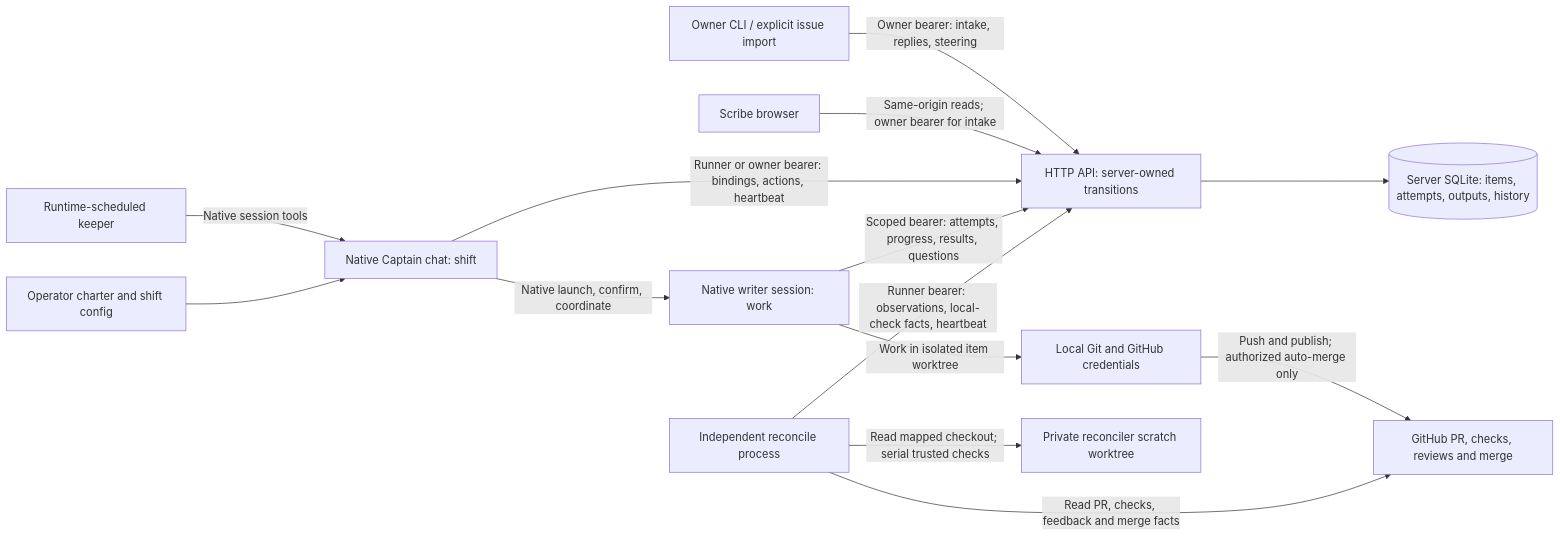
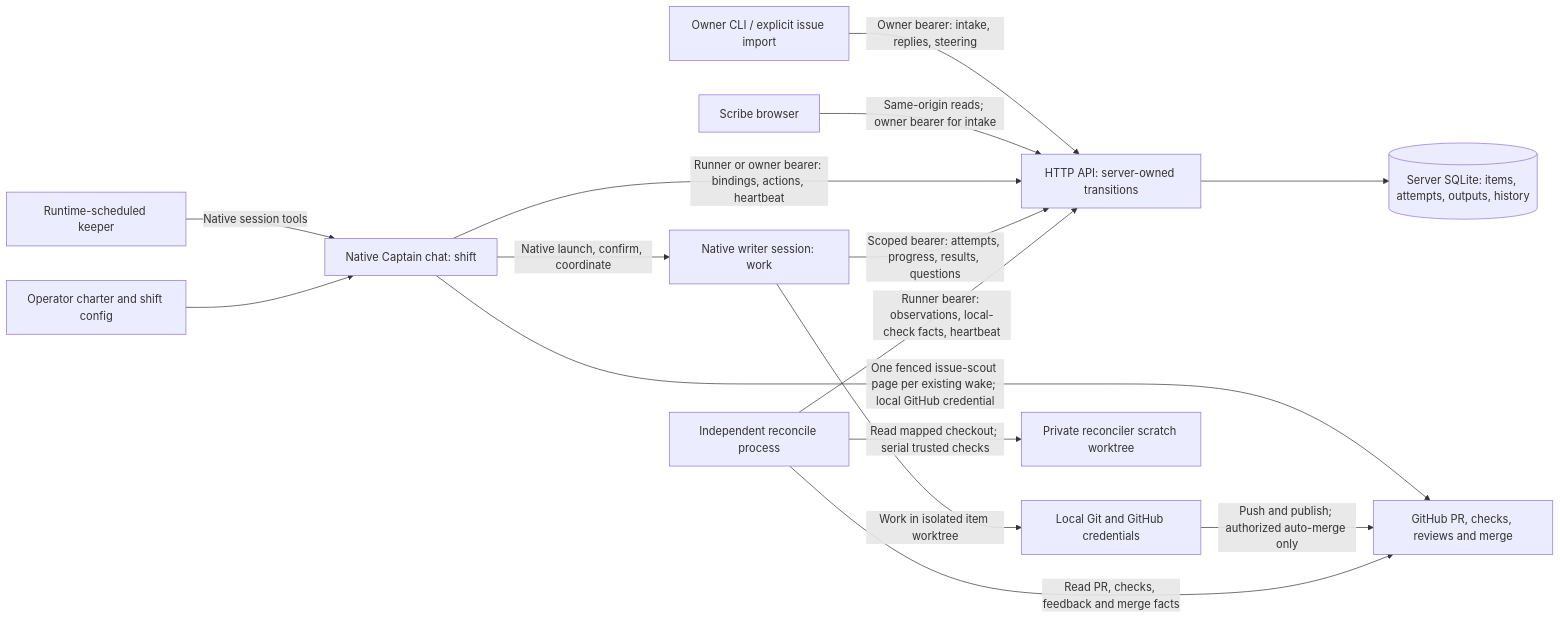
The first of 3 diagrams in docs/architecture.md (caltseng/phalanx), drawn with Mermaid before and after one commit. The commit also changed other lines of this file and 25 other files, not shown here.

Commit message:
Persist Captain-wake GitHub scouting and owner-aware intake

````diff
--- a/docs/architecture.md
+++ b/docs/architecture.md
@@ -19,18 +19,19 @@
 ```mermaid
 flowchart LR
     accTitle: Direct-session component ownership
     accDescr: Owners, Scribe, Captains, scoped writers and the reconciler call the API. Only the API owns queue state. Writers publish to GitHub and the reconciler reads provider facts.
     Owner["Owner CLI / explicit issue import"] -->|Owner bearer: intake, replies, steering| API
     Board["Scribe browser"] -->|Same-origin reads; owner bearer for intake| API
     Keeper["Runtime-scheduled keeper"] -->|Native session tools| Captain
     Charter["Operator charter and shift config"] --> Captain
     Captain["Native Captain chat: shift"] -->|Runner or owner bearer: bindings, actions, heartbeat| API
+    Captain -->|One fenced issue-scout page per existing wake; local GitHub credential| GH
     Captain -->|Native launch, confirm, coordinate| Writer
     Writer["Native writer session: work"] -->|Scoped bearer: attempts, progress, results, questions| API
     Writer -->|Work in isolated item worktree| Git["Local Git and GitHub credentials"]
     Git -->|Push and publish; authorized auto-merge only| GH["GitHub PR, checks, reviews and merge"]
     Reconciler["Independent reconcile process"] -->|Read PR, checks, feedback and merge facts| GH
     Reconciler -->|Read mapped checkout; serial trusted checks| Scratch["Private reconciler scratch worktree"]
     Reconciler -->|Runner bearer: observations, local-check facts, heartbeat| API
     API["HTTP API: server-owned transitions"] --> DB[("Server SQLite: items, attempts, outputs, history")]
 ```
````
